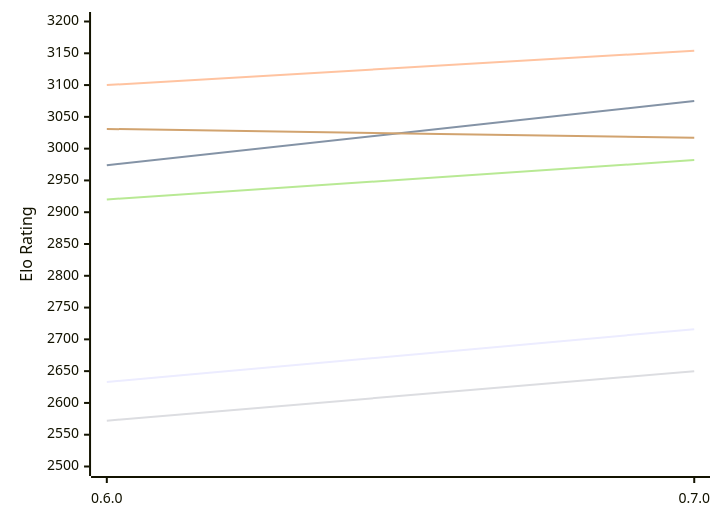
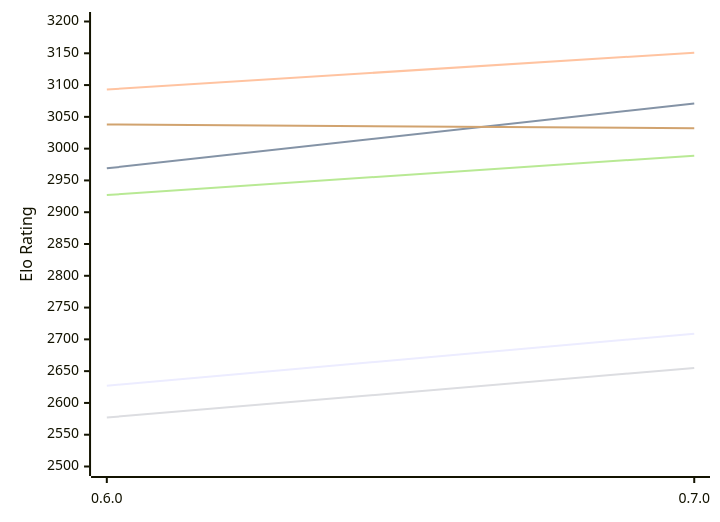
One commit to computer-chess-index/cci changed the first of 2 diagrams in engines/AteNika.md. Above: the diagram before and after it, drawn with Mermaid. The commit also changed other lines of this file, not shown here.

Commit message:
Update CCI Ratings (ELO VLTC) - 2026-11-18

````diff
--- a/engines/AteNika.md
+++ b/engines/AteNika.md
@@ -52,12 +52,12 @@
 ```mermaid
 %%{init: {"theme":"base","themeVariables":{"seriesColors:['#a3a3a3','#222221','#faa371']}}}%%
 xychart-beta
   x-axis ["0.6.0", "0.7.0"]
   y-axis "Elo Rating" 2500 --> 3200
-  line "E1: STC (8.0+0.08s)" [2633, 2716]
-  line "E1: LTC (60.0+0.60s)" [2974, 3075]
-  line "E1: VLTC (2m24s+1.12s)" [3100, 3154]
-  line "P1: STC (8.0+0.08s)" [2572, 2650]
-  line "P1: LTC (60.0+0.60s)" [2920, 2982]
-  line "P1: VLTC (2m24s+1.12s)" [3031, 3017]
+  line "E1: STC (8.0+0.08s)" [2627, 2709]
+  line "E1: LTC (60.0+0.60s)" [2969, 3071]
+  line "E1: VLTC (2m24s+1.12s)" [3093, 3151]
+  line "P1: STC (8.0+0.08s)" [2577, 2655]
+  line "P1: LTC (60.0+0.60s)" [2927, 2989]
+  line "P1: VLTC (2m24s+1.12s)" [3038, 3032]
 ```
````
